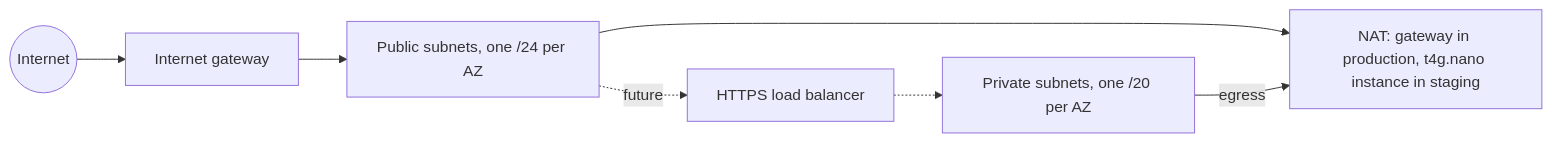
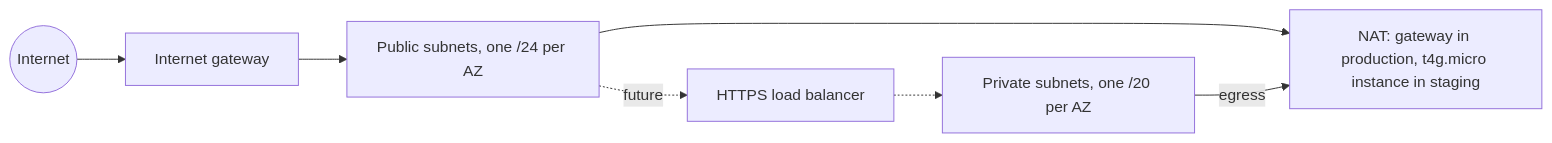
Before and after one commit to The-AgenticFlow/Openflows-Infra: the second of 7 diagrams in docs/ARCHITECTURE-aws.md, drawn with Mermaid. The commit also changed other lines of this file and 5 other files, not shown here.

Commit message:
fix(network): run the nat on t4g.micro and fix the node schedule input casing (#92)

````diff
--- a/docs/ARCHITECTURE-aws.md
+++ b/docs/ARCHITECTURE-aws.md
@@ -60,9 +60,9 @@
 ```mermaid
 flowchart LR
     Internet((Internet)) --> IGW[Internet gateway]
     IGW --> Pub[Public subnets, one /24 per AZ]
-    Pub --> NAT[NAT: gateway in production, t4g.nano instance in staging]
+    Pub --> NAT[NAT: gateway in production, t4g.micro instance in staging]
     Priv[Private subnets, one /20 per AZ] -->|egress| NAT
     Pub -.->|future| ALB[HTTPS load balancer]
     ALB -.-> Priv
 ```
````
